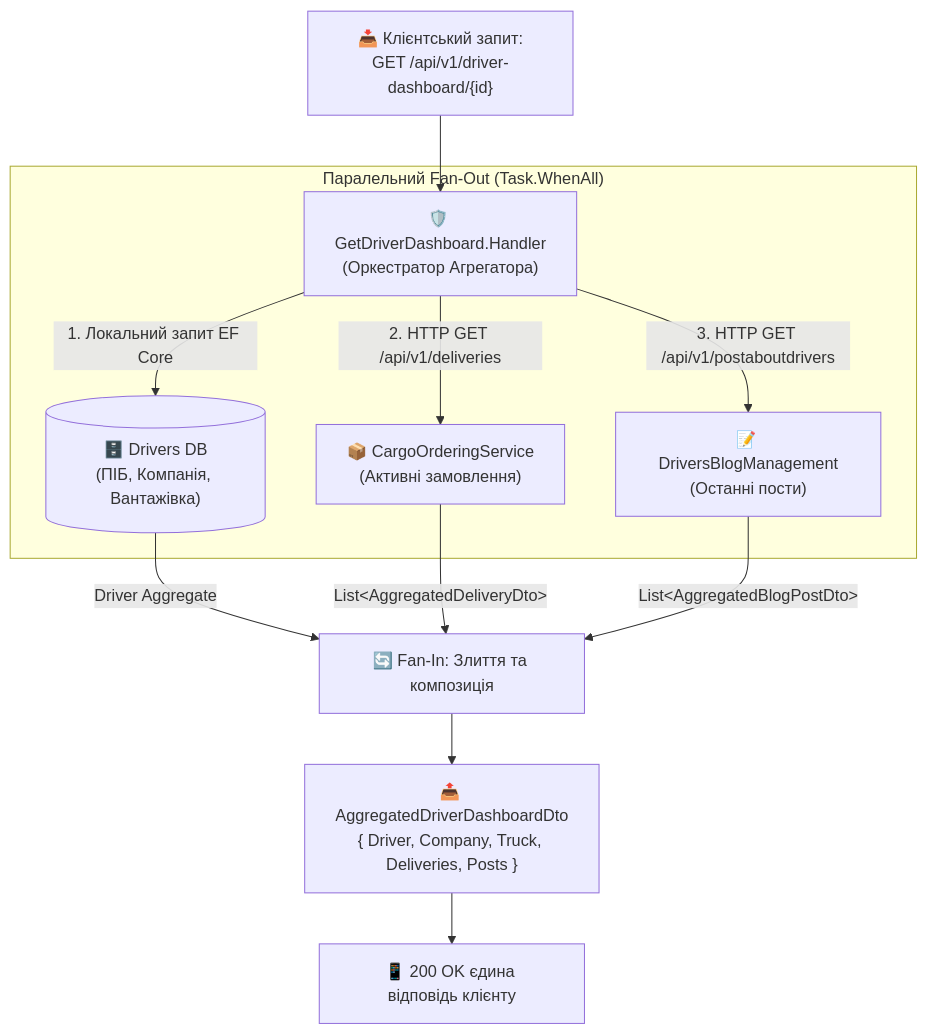
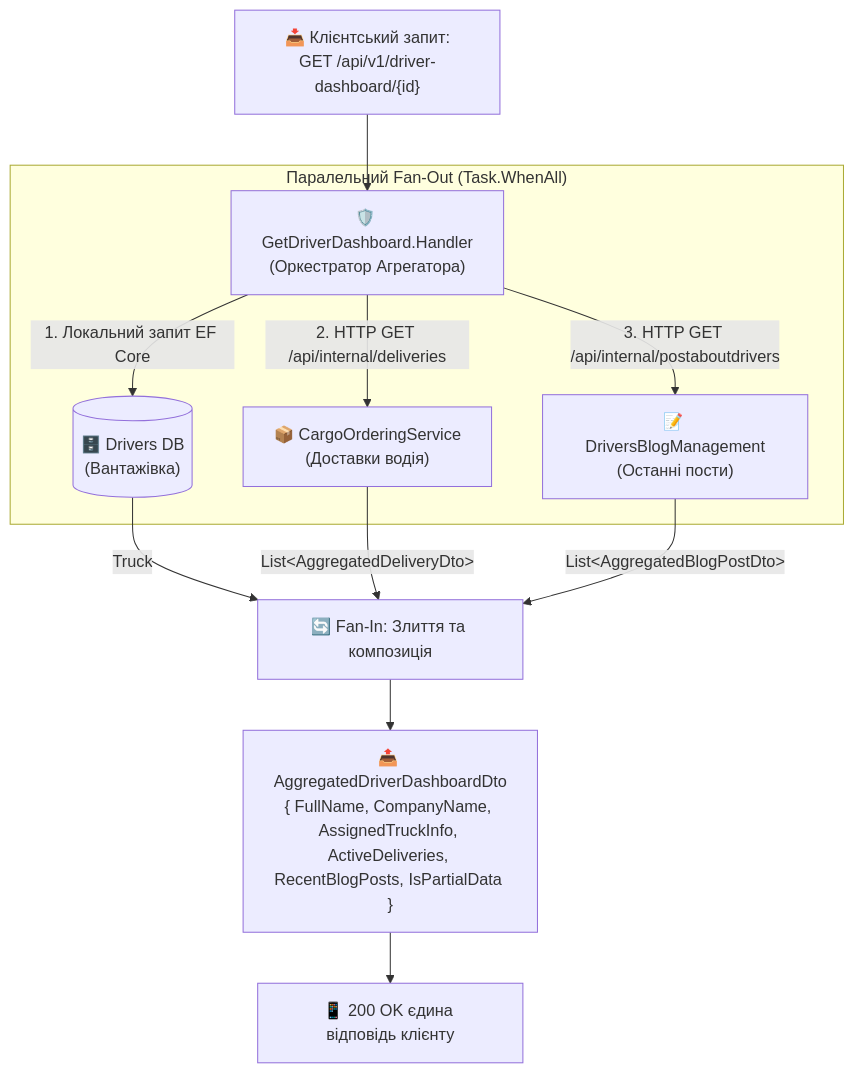
Before and after one commit to MrTomkaYurii/Demo-CargoDeliveryService: the second of 2 diagrams in 02-Microservices-Craftsman/02-02-Communication-Documentation/02_Patterns_Synchronous_HttpClient_Aggregator_BFF.md, drawn with Mermaid. The commit also changed other lines of this file and 227 other files, not shown here.

````diff
--- a/02-Microservices-Craftsman/02-02-Communication-Documentation/02_Patterns_Synchronous_HttpClient_Aggregator_BFF.md
+++ b/02-Microservices-Craftsman/02-02-Communication-Documentation/02_Patterns_Synchronous_HttpClient_Aggregator_BFF.md
@@ -81,17 +96,17 @@
 ```mermaid
 flowchart TD
     Req["📥 Клієнтський запит:<br/>GET /api/v1/driver-dashboard/{id}"] --> Agg["🛡️ GetDriverDashboard.Handler<br/>(Оркестратор Агрегатора)"]
     
     subgraph FanOut["Паралельний Fan-Out (Task.WhenAll)"]
-        Agg -->|1. Локальний запит EF Core| LocalDB[("🗄️ Drivers DB<br/>(ПІБ, Компанія, Вантажівка)")]
-        Agg -->|2. HTTP GET /api/v1/deliveries| CO["📦 CargoOrderingService<br/>(Активні замовлення)"]
-        Agg -->|3. HTTP GET /api/v1/postaboutdrivers| DB["📝 DriversBlogManagement<br/>(Останні пости)"]
+        Agg -->|1. Локальний запит EF Core| LocalDB[("🗄️ Drivers DB<br/>(Вантажівка)")]
+        Agg -->|2. HTTP GET /api/internal/deliveries| CO["📦 CargoOrderingService<br/>(Доставки водія)"]
+        Agg -->|3. HTTP GET /api/internal/postaboutdrivers| DB["📝 DriversBlogManagement<br/>(Останні пости)"]
     end
     
-    LocalDB -->|Driver Aggregate| FanIn["🔄 Fan-In: Злиття та композиція"]
+    LocalDB -->|Truck| FanIn["🔄 Fan-In: Злиття та композиція"]
     CO -->|List&lt;AggregatedDeliveryDto&gt;| FanIn
     DB -->|List&lt;AggregatedBlogPostDto&gt;| FanIn
     
-    FanIn --> DTO["📤 AggregatedDriverDashboardDto<br/>{ Driver, Company, Truck, Deliveries, Posts }"]
+    FanIn --> DTO["📤 AggregatedDriverDashboardDto<br/>{ FullName, CompanyName, AssignedTruckInfo, ActiveDeliveries, RecentBlogPosts, IsPartialData }"]
     DTO --> Resp["📱 200 OK єдина відповідь клієнту"]
 ```
````
